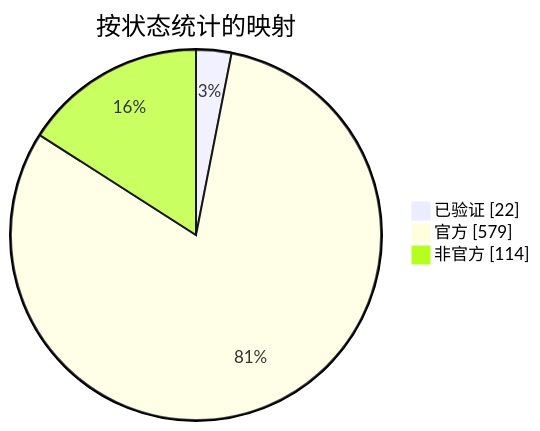
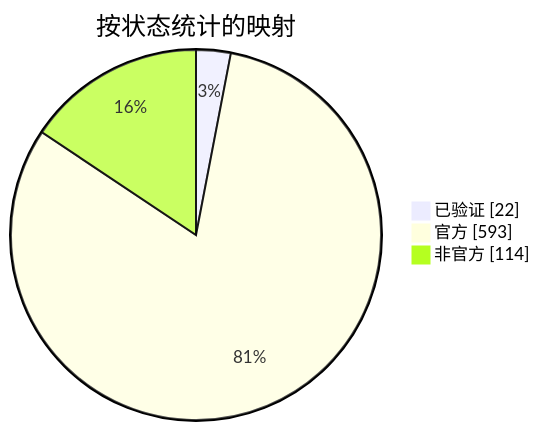
The diagram in docs/readme/README_ZHS.md (nobrega8/mbmap-library), drawn with Mermaid before and after one commit. The commit also changed 19 other files, not shown here.

````diff
--- a/docs/readme/README_ZHS.md
+++ b/docs/readme/README_ZHS.md
@@ -54,7 +54,7 @@
 ```mermaid
 pie showData
     title 按状态统计的映射
     "已验证" : 22
-    "官方" : 579
+    "官方" : 593
     "非官方" : 114
 ```
````
